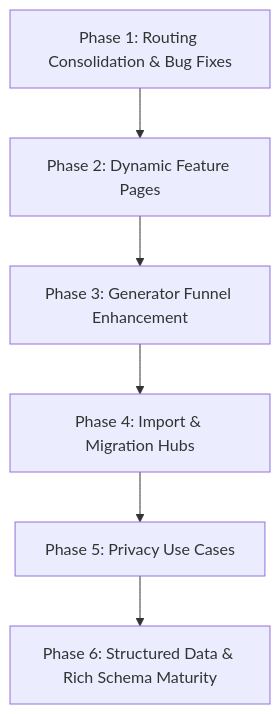
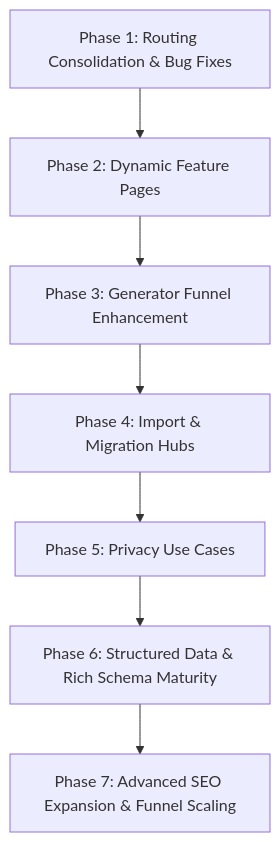
The diagram in docs/seo/seo-implementation-plan.md (eserlan/Codex-Cryptica), drawn with Mermaid before and after one commit. The commit also changed other lines of this file, not shown here.

Commit message:
📝 docs: add Phase 7 Advanced SEO Expansion & Funnel Scaling tasks to plan

````diff
--- a/docs/seo/seo-implementation-plan.md
+++ b/docs/seo/seo-implementation-plan.md
@@ -36,8 +36,9 @@
 ```mermaid
 graph TD
     P1[Phase 1: Routing Consolidation & Bug Fixes] --> P2[Phase 2: Dynamic Feature Pages]
     P2 --> P3[Phase 3: Generator Funnel Enhancement]
     P3 --> P4[Phase 4: Import & Migration Hubs]
     P4 --> P5[Phase 5: Privacy Use Cases]
     P5 --> P6[Phase 6: Structured Data & Rich Schema Maturity]
+    P6 --> P7[Phase 7: Advanced SEO Expansion & Funnel Scaling]
 ```
````
